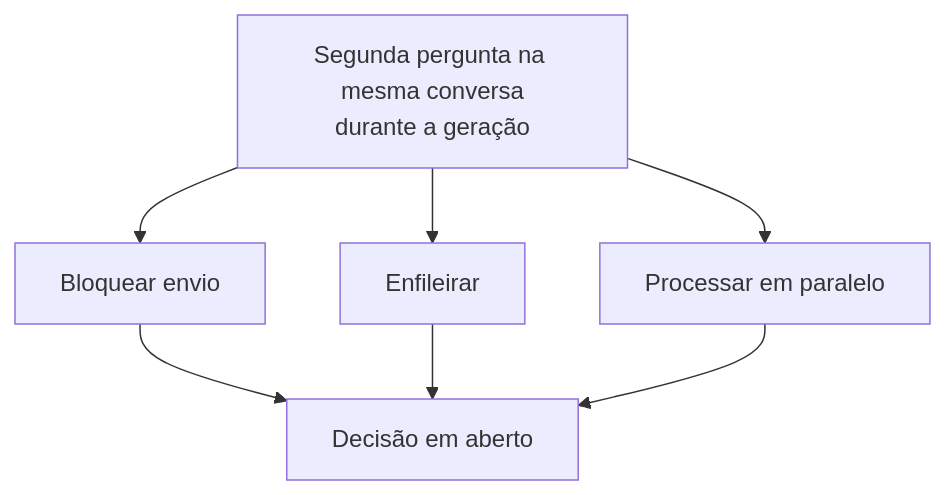
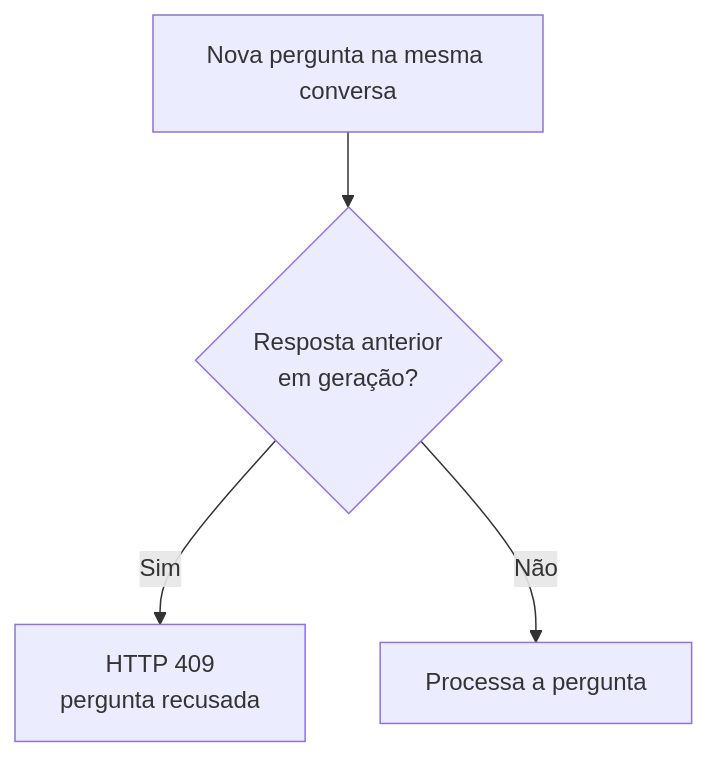
The eighth of 8 diagrams in elicitação dos requisitos.md (cocaioo/CHATBOT-TCA), drawn with Mermaid before and after one commit. The commit also changed other lines of this file, not shown here.

````diff
--- a/elicitação dos requisitos.md
+++ b/elicitação dos requisitos.md
@@ -183,9 +239,6 @@
 ```mermaid
 flowchart TD
-    Q[Segunda pergunta na mesma conversa<br/>durante a geração] --> B[Bloquear envio]
-    Q --> F[Enfileirar]
-    Q --> P[Processar em paralelo]
-    B --> O[Decisão em aberto]
-    F --> O
-    P --> O
+    Q[Nova pergunta na mesma conversa] --> G{Resposta anterior<br/>em geração?}
+    G -->|Sim| R[HTTP 409<br/>pergunta recusada]
+    G -->|Não| P[Processa a pergunta]
 ```
````
